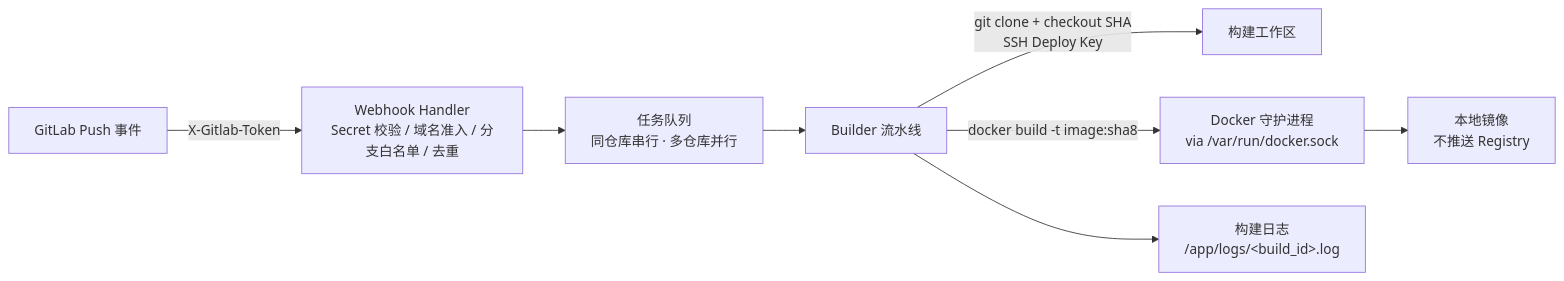
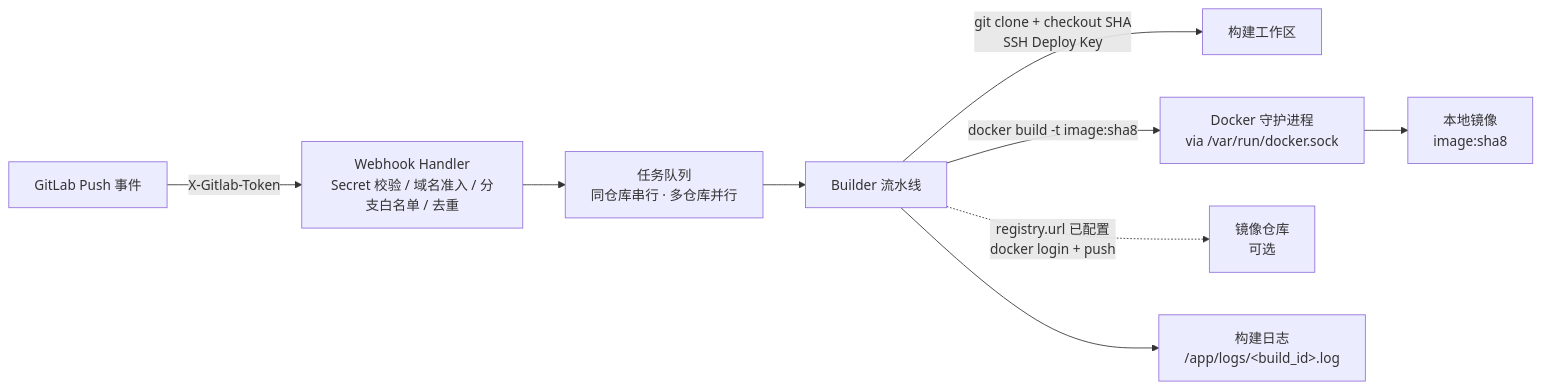
The diagram in README.md (ops-cy/code-builder), drawn with Mermaid before and after one commit. The commit also changed other lines of this file and 17 other files, not shown here.

````diff
--- a/README.md
+++ b/README.md
@@ -22,10 +22,11 @@
 ```mermaid
 flowchart LR
     GL[GitLab Push 事件] -->|X-Gitlab-Token| WH[Webhook Handler<br/>Secret 校验 / 域名准入 / 分支白名单 / 去重]
     WH --> Q[任务队列<br/>同仓库串行 · 多仓库并行]
     Q --> B[Builder 流水线]
     B -->|git clone + checkout SHA<br/>SSH Deploy Key| GC[构建工作区]
     B -->|docker build -t image:sha8| DK[Docker 守护进程<br/>via /var/run/docker.sock]
-    DK --> IMG[本地镜像<br/>不推送 Registry]
+    DK --> IMG[本地镜像<br/>image:sha8]
+    B -.->|registry.url 已配置<br/>docker login + push| REG[镜像仓库<br/>可选]
     B --> L[构建日志<br/>/app/logs/&lt;build_id&gt;.log]
 ```
````
